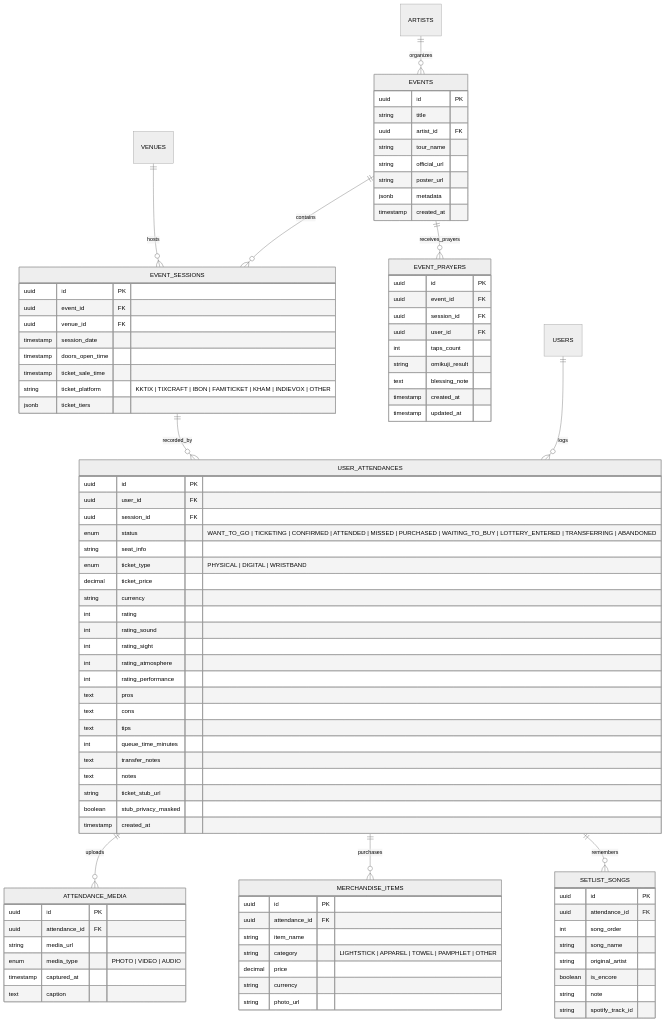
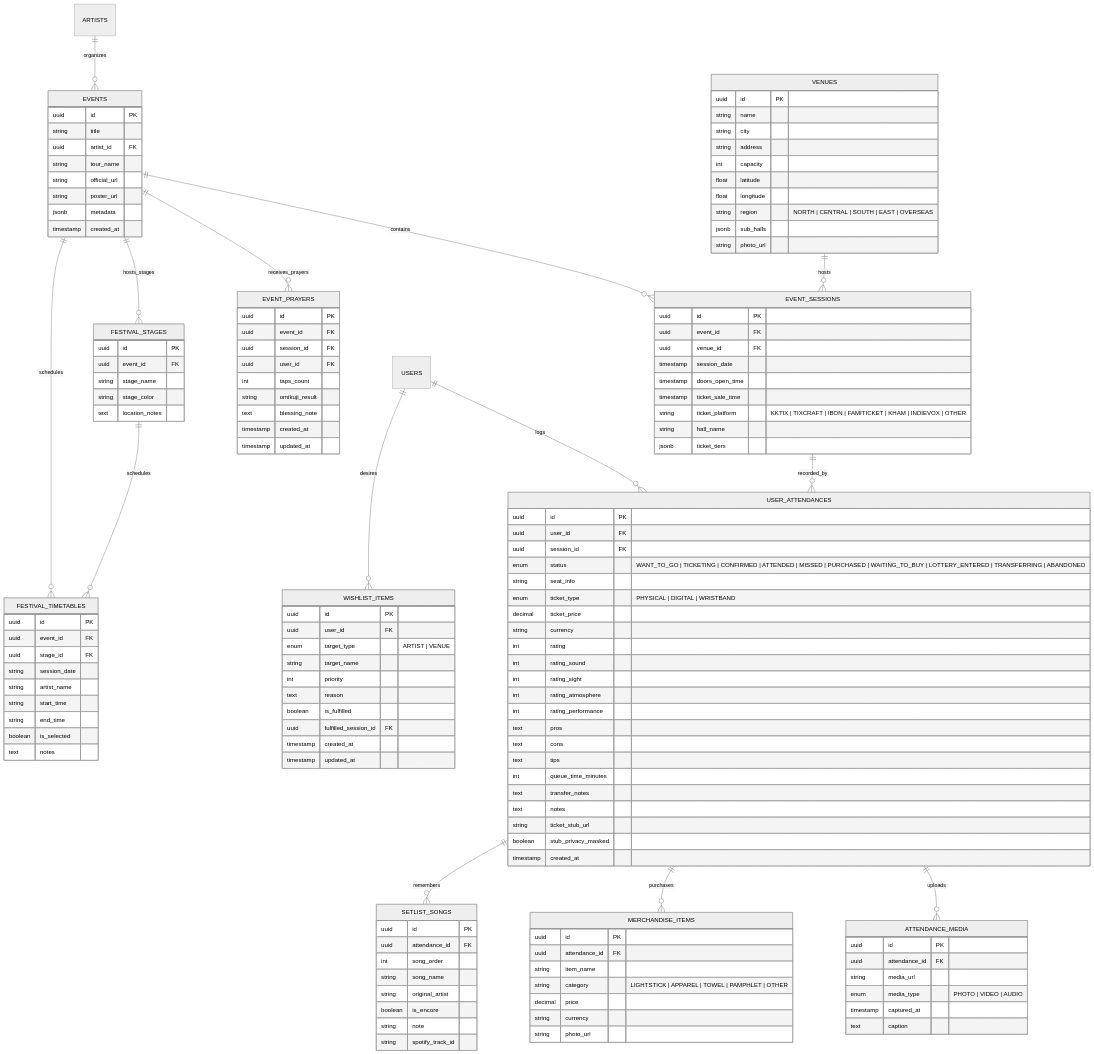
The diagram in ARCHITECTURE.md (saijo0404/stubbook), drawn with Mermaid (neutral theme) before and after one commit. The commit also changed other lines of this file and 12 other files, not shown here.

````diff
--- a/ARCHITECTURE.md
+++ b/ARCHITECTURE.md
@@ -94,11 +94,28 @@
     VENUES ||--o{ EVENT_SESSIONS : hosts
     EVENTS ||--o{ EVENT_SESSIONS : contains
     EVENTS ||--o{ EVENT_PRAYERS : receives_prayers
+    EVENTS ||--o{ FESTIVAL_STAGES : hosts_stages
+    FESTIVAL_STAGES ||--o{ FESTIVAL_TIMETABLES : schedules
+    EVENTS ||--o{ FESTIVAL_TIMETABLES : schedules
     EVENT_SESSIONS ||--o{ USER_ATTENDANCES : recorded_by
     USERS ||--o{ USER_ATTENDANCES : logs
+    USERS ||--o{ WISHLIST_ITEMS : desires
     USER_ATTENDANCES ||--o{ ATTENDANCE_MEDIA : uploads
     USER_ATTENDANCES ||--o{ MERCHANDISE_ITEMS : purchases
     USER_ATTENDANCES ||--o{ SETLIST_SONGS : remembers
+
+    VENUES {
+        uuid id PK
+        string name
+        string city
+        string address
+        int capacity
+        float latitude
+        float longitude
+        string region "NORTH | CENTRAL | SOUTH | EAST | OVERSEAS"
+        jsonb sub_halls
+        string photo_url
+    }
 
     EVENTS {
         uuid id PK
@@ -119,6 +136,7 @@
         timestamp doors_open_time
         timestamp ticket_sale_time
         string ticket_platform "KKTIX | TIXCRAFT | IBON | FAMITICKET | KHAM | INDIEVOX | OTHER"
+        string hall_name
         jsonb ticket_tiers
     }
 
@@ -188,4 +206,37 @@
         string note
         string spotify_track_id
     }
+
+    FESTIVAL_STAGES {
+        uuid id PK
+        uuid event_id FK
+        string stage_name
+        string stage_color
+        text location_notes
+    }
+
+    FESTIVAL_TIMETABLES {
+        uuid id PK
+        uuid event_id FK
+        uuid stage_id FK
+        string session_date
+        string artist_name
+        string start_time
+        string end_time
+        boolean is_selected
+        text notes
+    }
+
+    WISHLIST_ITEMS {
+        uuid id PK
+        uuid user_id FK
+        enum target_type "ARTIST | VENUE"
+        string target_name
+        int priority
+        text reason
+        boolean is_fulfilled
+        uuid fulfilled_session_id FK
+        timestamp created_at
+        timestamp updated_at
+    }
 ```
````
